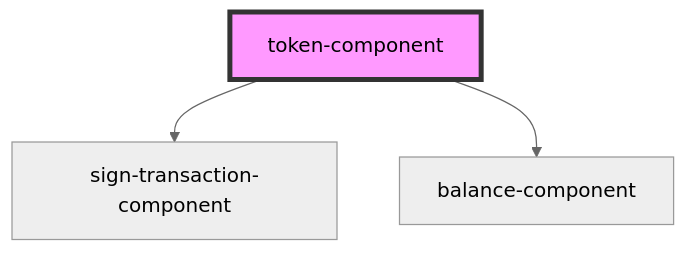
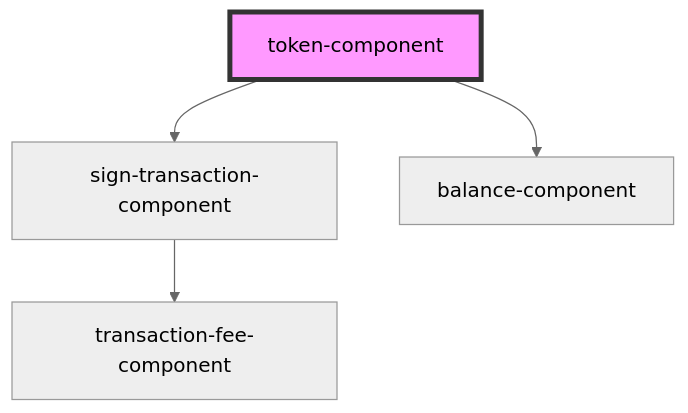
Before and after one commit to multiversx/mx-sdk-dapp-ui: the diagram in src/components/functional/sign-transactions-modal/components/token-component/readme.md, drawn with Mermaid (neutral theme). The commit also changed 10 other files, not shown here.

````diff
--- a/src/components/functional/sign-transactions-modal/components/token-component/readme.md
+++ b/src/components/functional/sign-transactions-modal/components/token-component/readme.md
@@ -16,6 +16,7 @@
 ```mermaid
 graph TD;
   token-component --> sign-transaction-component
   token-component --> balance-component
+  sign-transaction-component --> transaction-fee-component
   style token-component fill:#f9f,stroke:#333,stroke-width:4px
 ```
````
